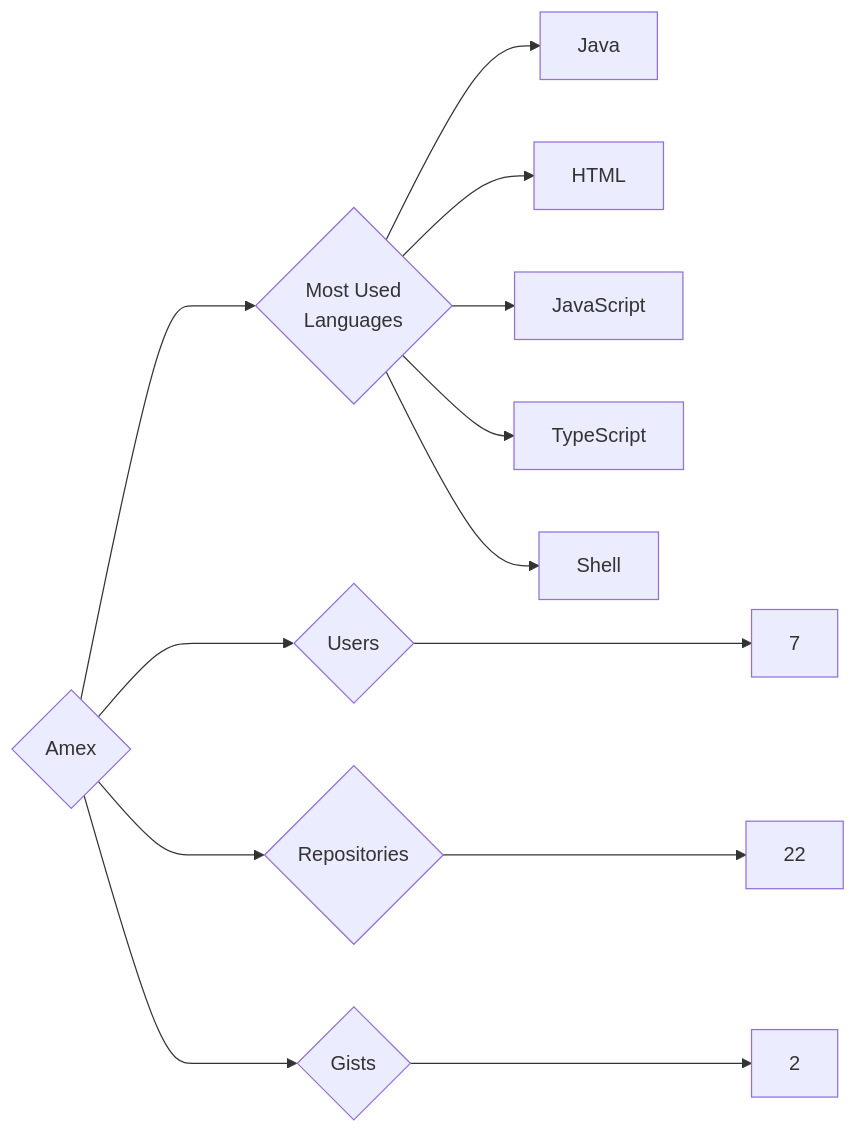
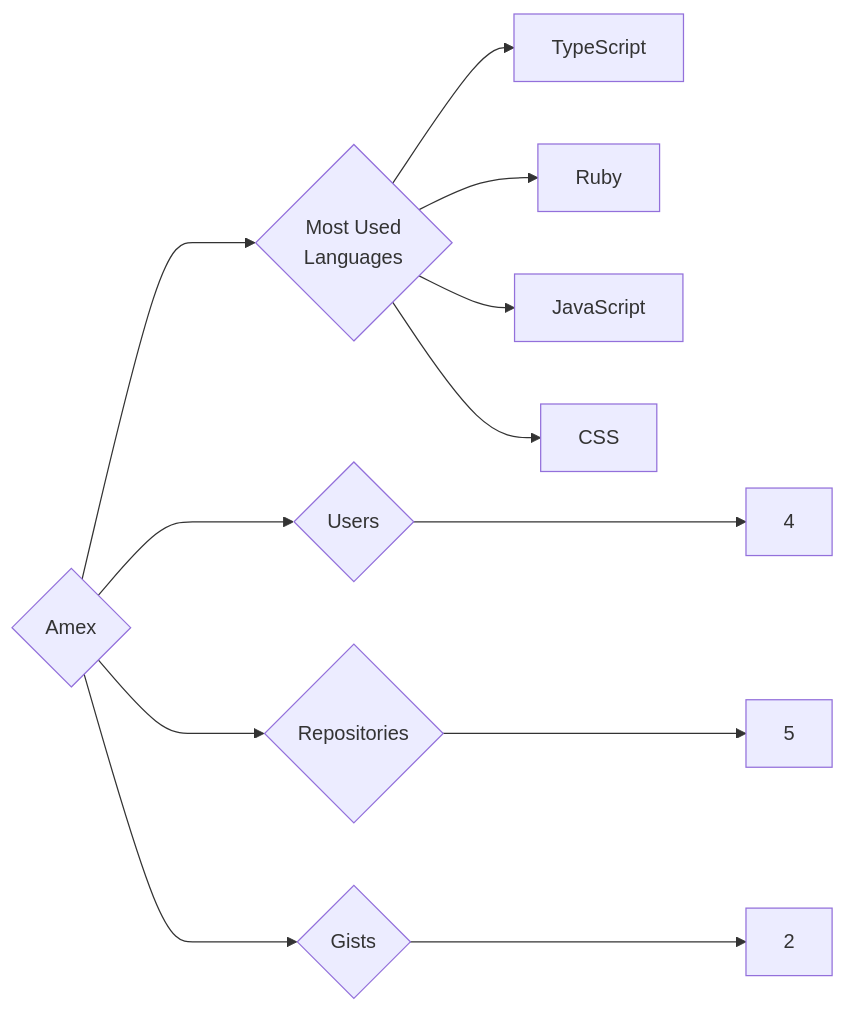
The diagram in targets/Amex/README.md (trickest/insiders), drawn with Mermaid before and after one commit. The commit also changed 985 other files, not shown here.

````diff
--- a/targets/Amex/README.md
+++ b/targets/Amex/README.md
@@ -3,13 +3,12 @@
 ```mermaid
 graph LR
 COMPANY_NAME{Amex}
-COMPANY_NAME ---> U{Users} ---> UN[7]
-COMPANY_NAME ---> R{Repositories} ---> RN[22]
+COMPANY_NAME ---> U{Users} ---> UN[4]
+COMPANY_NAME ---> R{Repositories} ---> RN[5]
 COMPANY_NAME ---> G{Gists} ---> GN[2]
 COMPANY_NAME ---> ML{Most Used<br>Languages}
-ML --> Java[Java]
-ML --> HTML[HTML]
+ML --> TypeScript[TypeScript]
+ML --> Ruby[Ruby]
 ML --> JavaScript[JavaScript]
-ML --> TypeScript[TypeScript]
-ML --> Shell[Shell]
+ML --> CSS[CSS]
 ```
````
